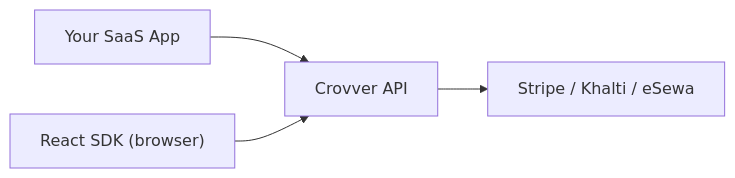
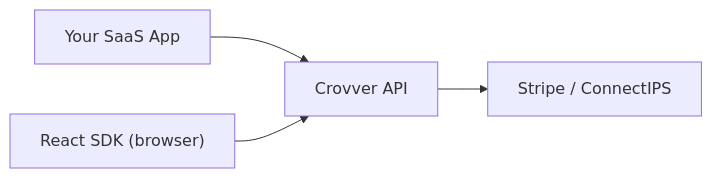
The diagram in introduction.mdx (crovver/docs), drawn with Mermaid before and after one commit. The commit also changed other lines of this file and 1 other file, not shown here.

````diff
--- a/introduction.mdx
+++ b/introduction.mdx
@@ -33,6 +34,6 @@
 ```mermaid
 flowchart LR
     App["Your SaaS App"] --> API["Crovver API"]
-    API --> Provider["Stripe / Khalti / eSewa"]
+    API --> Provider["Stripe / ConnectIPS"]
     SDK["React SDK (browser)"] --> API
 ```
````
